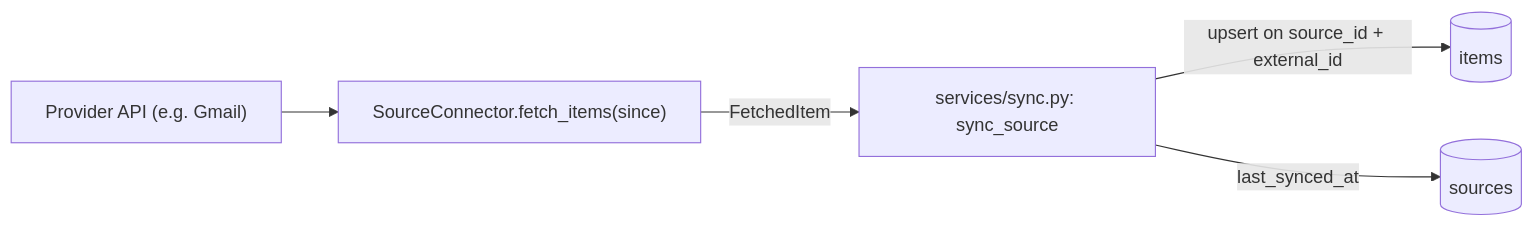
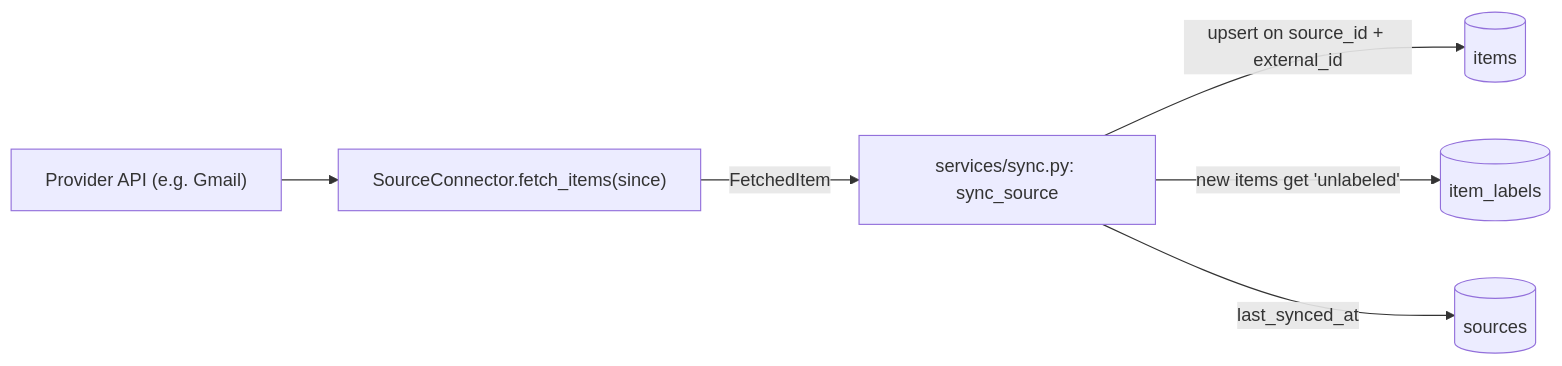
Before and after one commit to prat31/idoitmyself: the diagram in docs/architecture/data-model.md, drawn with Mermaid. The commit also changed other lines of this file and 17 other files, not shown here.

First line of the commit message:
feat: add predefined and custom labels for items

````diff
--- a/docs/architecture/data-model.md
+++ b/docs/architecture/data-model.md
@@ -37,7 +73,8 @@
 ```mermaid
 flowchart LR
     Provider["Provider API (e.g. Gmail)"] --> Connector["SourceConnector.fetch_items(since)"]
     Connector -->|FetchedItem| Sync["services/sync.py: sync_source"]
     Sync -->|upsert on source_id + external_id| Items[("items")]
+    Sync -->|new items get 'unlabeled'| ItemLabels[("item_labels")]
     Sync -->|last_synced_at| Sources[("sources")]
 ```
````
